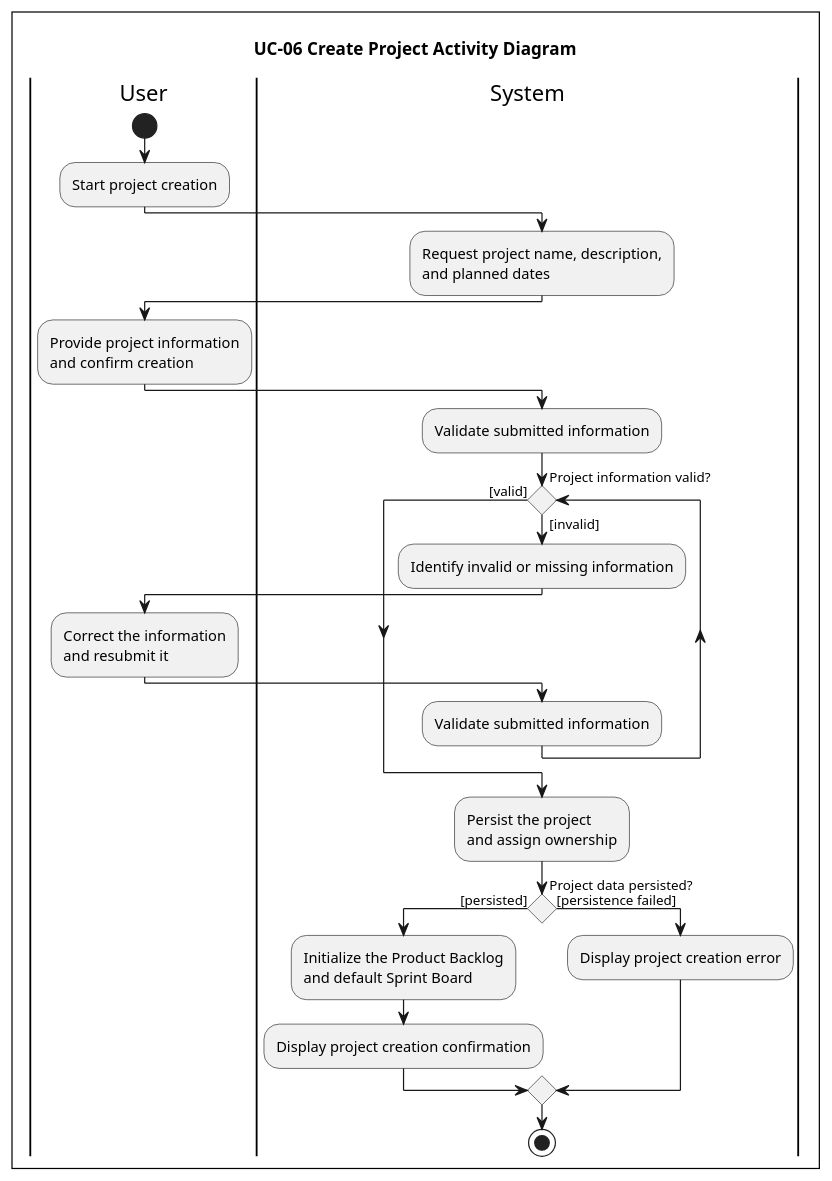
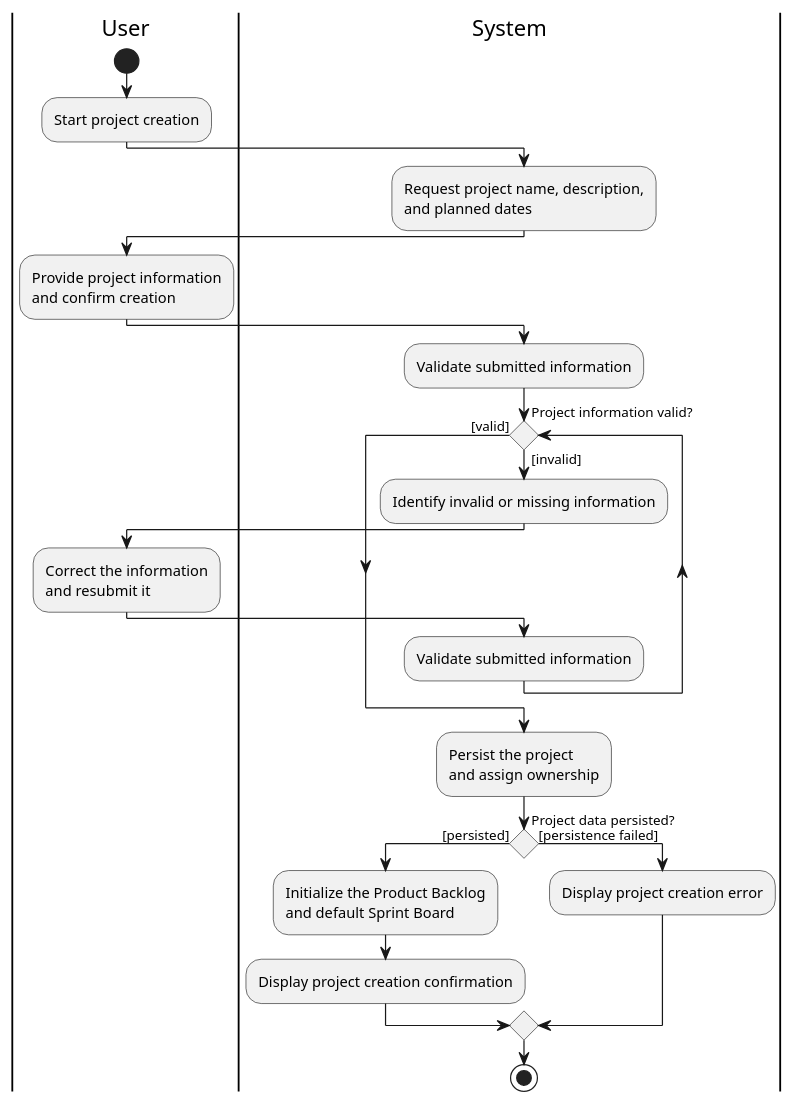
Before and after one commit to lukenab/swd392-doc-automation: the diagram in diagrams/activity/nguyen-an-binh/UC-06-create-project.puml, drawn with PlantUML. The commit also changed 4 other files, not shown here.

Commit message:
feat: add script to render activity diagrams in SVG and PNG formats

```diff
--- a/diagrams/activity/nguyen-an-binh/UC-06-create-project.puml
+++ b/diagrams/activity/nguyen-an-binh/UC-06-create-project.puml
@@ -1,51 +1,47 @@
 @startuml
-
-title UC-06 Create Project Activity Diagram
 
 skinparam defaultFontName "Times New Roman"
 skinparam conditionStyle diamond
 skinparam ConditionEndStyle diamond
 skinparam shadowing false
-skinparam DiagramBorderColor black
-skinparam DiagramBorderThickness 1
 
 |User|
 start
 :Start project creation;
 
 |System|
 :Request project name, description,
 and planned dates;
 
 |User|
 :Provide project information
 and confirm creation;
 
 |System|
 :Validate submitted information;
 
 while (Project information valid?) is ([invalid])
     :Identify invalid or missing information;
 
     |User|
     :Correct the information
     and resubmit it;
 
     |System|
     :Validate submitted information;
 endwhile ([valid])
 
 :Persist the project
 and assign ownership;
 
 if (Project data persisted?) then ([persisted])
     :Initialize the Product Backlog
     and default Sprint Board;
     :Display project creation confirmation;
 else ([persistence failed])
     :Display project creation error;
 endif
 
 stop
 
 @enduml
```
